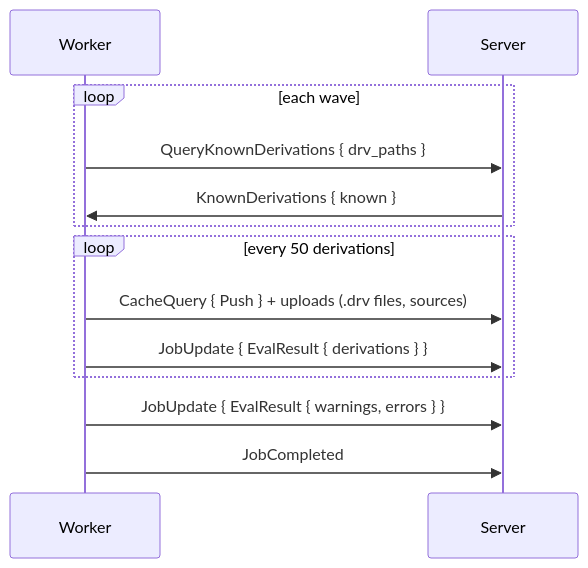
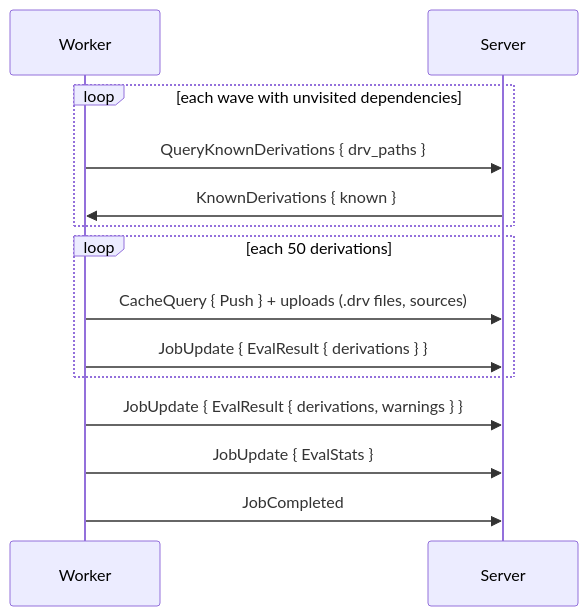
Before and after one commit to wavelens/gradient: the first of 2 diagrams in docs/src/contributors/proto/jobs.md, drawn with Mermaid. The commit also changed other lines of this file, not shown here.

````diff
--- a/docs/src/contributors/proto/jobs.md
+++ b/docs/src/contributors/proto/jobs.md
@@ -32,15 +57,16 @@
 ```mermaid
 sequenceDiagram
     participant W as Worker
     participant S as Server
-    loop each wave
+    loop each wave with unvisited dependencies
         W->>S: QueryKnownDerivations { drv_paths }
         S->>W: KnownDerivations { known }
     end
-    loop every 50 derivations
+    loop each 50 derivations
         W->>S: CacheQuery { Push } + uploads (.drv files, sources)
         W->>S: JobUpdate { EvalResult { derivations } }
     end
-    W->>S: JobUpdate { EvalResult { warnings, errors } }
+    W->>S: JobUpdate { EvalResult { derivations, warnings } }
+    W->>S: JobUpdate { EvalStats }
     W->>S: JobCompleted
 ```
````
